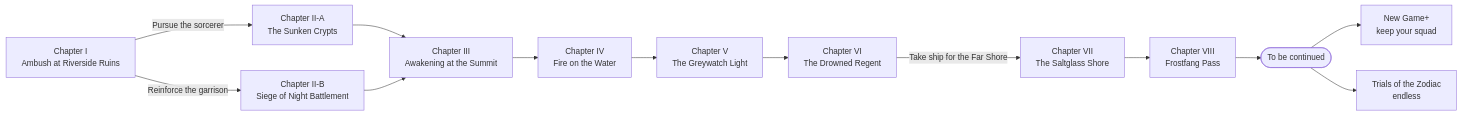
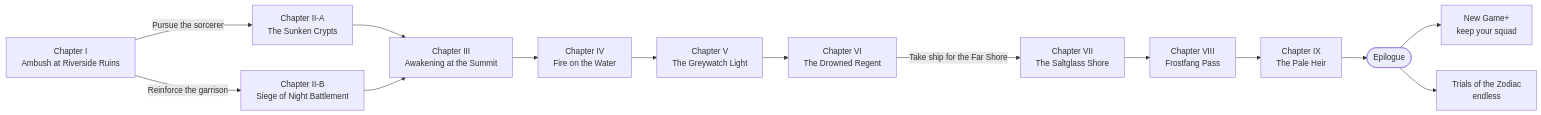
The third of 5 diagrams in docs/GAMEPLAY_GUIDE.md (CptNope/Chess-RPG-Tactics), drawn with Mermaid before and after one commit. The commit also changed other lines of this file and 27 other files, not shown here.

````diff
--- a/docs/GAMEPLAY_GUIDE.md
+++ b/docs/GAMEPLAY_GUIDE.md
@@ -73,15 +73,16 @@
 ```mermaid
 flowchart LR
     C1["Chapter I<br/>Ambush at Riverside Ruins"] -->|"Pursue the sorcerer"| C2a["Chapter II-A<br/>The Sunken Crypts"]
     C1 -->|"Reinforce the garrison"| C2b["Chapter II-B<br/>Siege of Night Battlement"]
     C2a --> C3["Chapter III<br/>Awakening at the Summit"]
     C2b --> C3
     C3 --> C4["Chapter IV<br/>Fire on the Water"]
     C4 --> C5["Chapter V<br/>The Greywatch Light"]
     C5 --> C6["Chapter VI<br/>The Drowned Regent"]
     C6 -->|"Take ship for the Far Shore"| C7["Chapter VII<br/>The Saltglass Shore"]
     C7 --> C8["Chapter VIII<br/>Frostfang Pass"]
-    C8 --> E(["To be continued"])
+    C8 --> C9["Chapter IX<br/>The Pale Heir"]
+    C9 --> E(["Epilogue"])
     E --> NG["New Game+<br/>keep your squad"]
     E --> TR["Trials of the Zodiac<br/>endless"]
 ```
````
